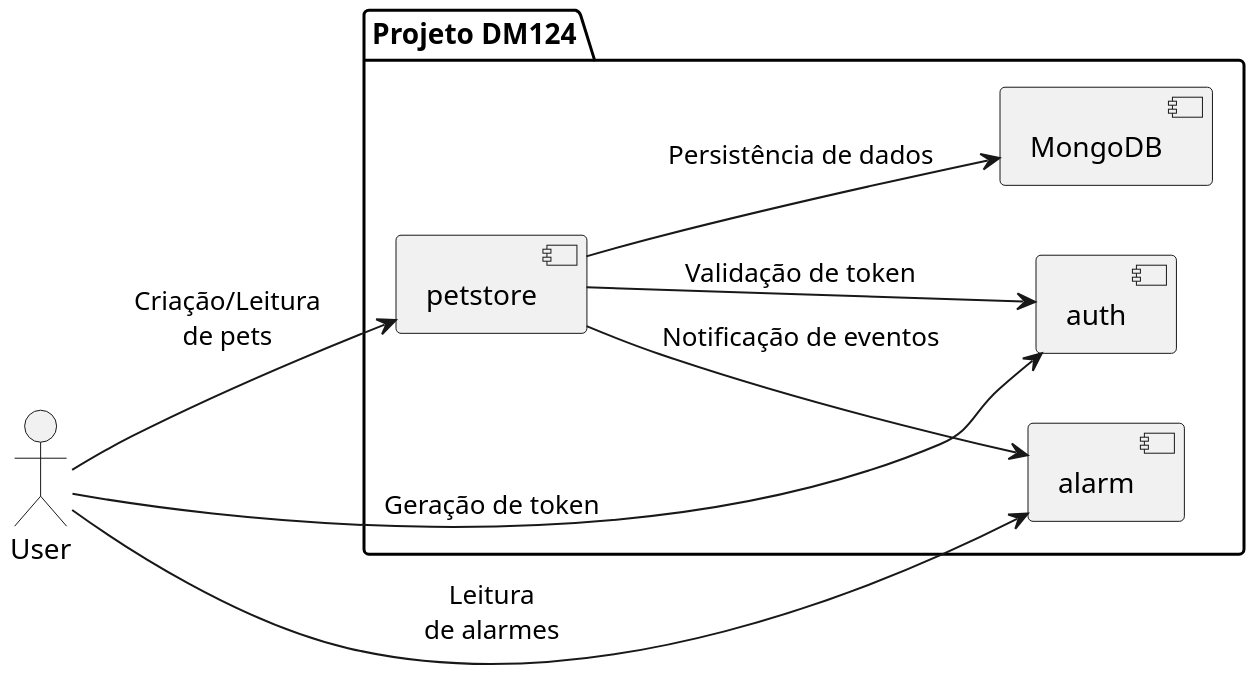
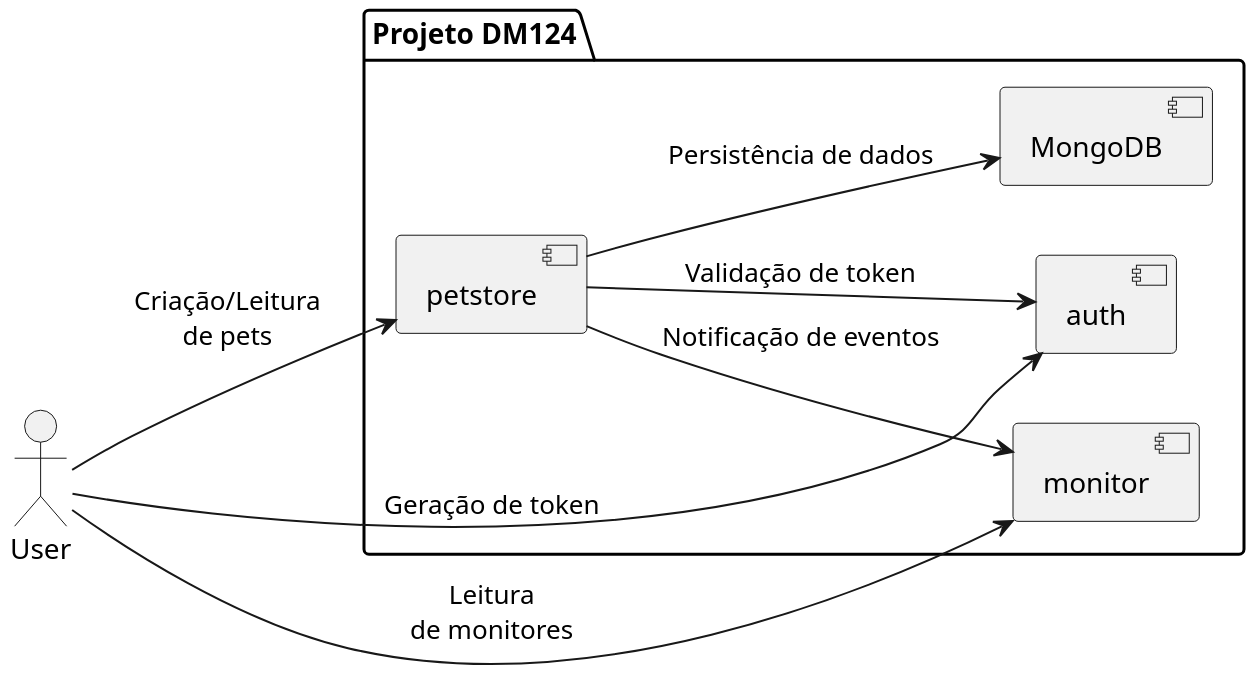
The diagram in docs/diagram/deployment.puml (adautomendes/DM124-ProjetoReferencia), drawn with PlantUML before and after one commit. The commit also changed 1 other file, not shown here.

Commit message:
Atualizando diagrama

```diff
--- a/docs/diagram/deployment.puml
+++ b/docs/diagram/deployment.puml
@@ -1,20 +1,20 @@
 @startuml
 scale 2
 left to right direction
 
 actor User
 package "Projeto DM124" {
   [auth] as auth
   [petstore] as petstore
-  [alarm] as alarm
+  [monitor] as monitor
   [MongoDB] as db
 }
 
 User --> auth : Geração de token
 User --> petstore : Criação/Leitura\nde pets
-User --> alarm : Leitura\nde alarmes
+User --> monitor : Leitura\nde monitores
 petstore --> db : Persistência de dados
-petstore --> alarm : Notificação de eventos
+petstore --> monitor : Notificação de eventos
 petstore --> auth : Validação de token
 
 @enduml
```
